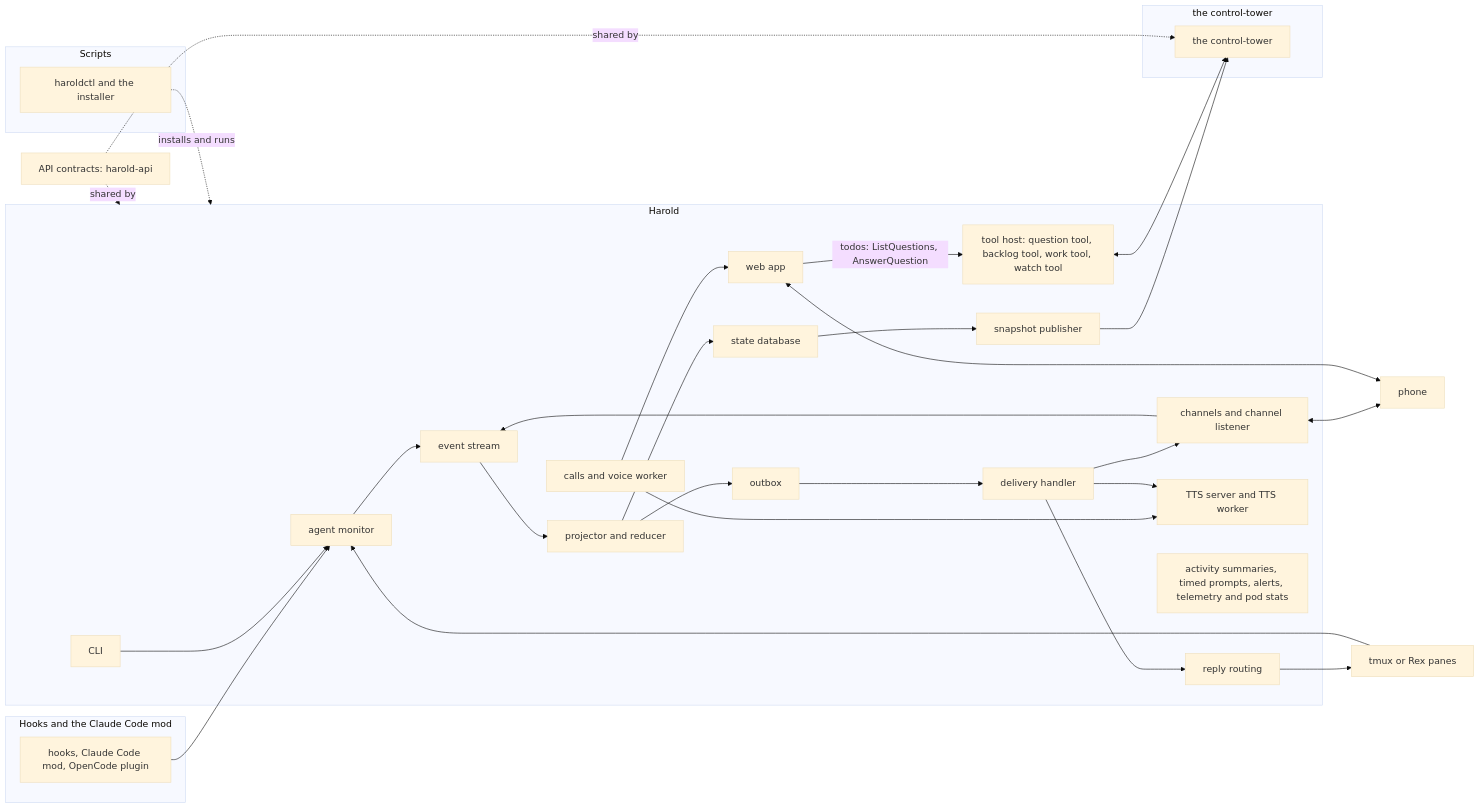
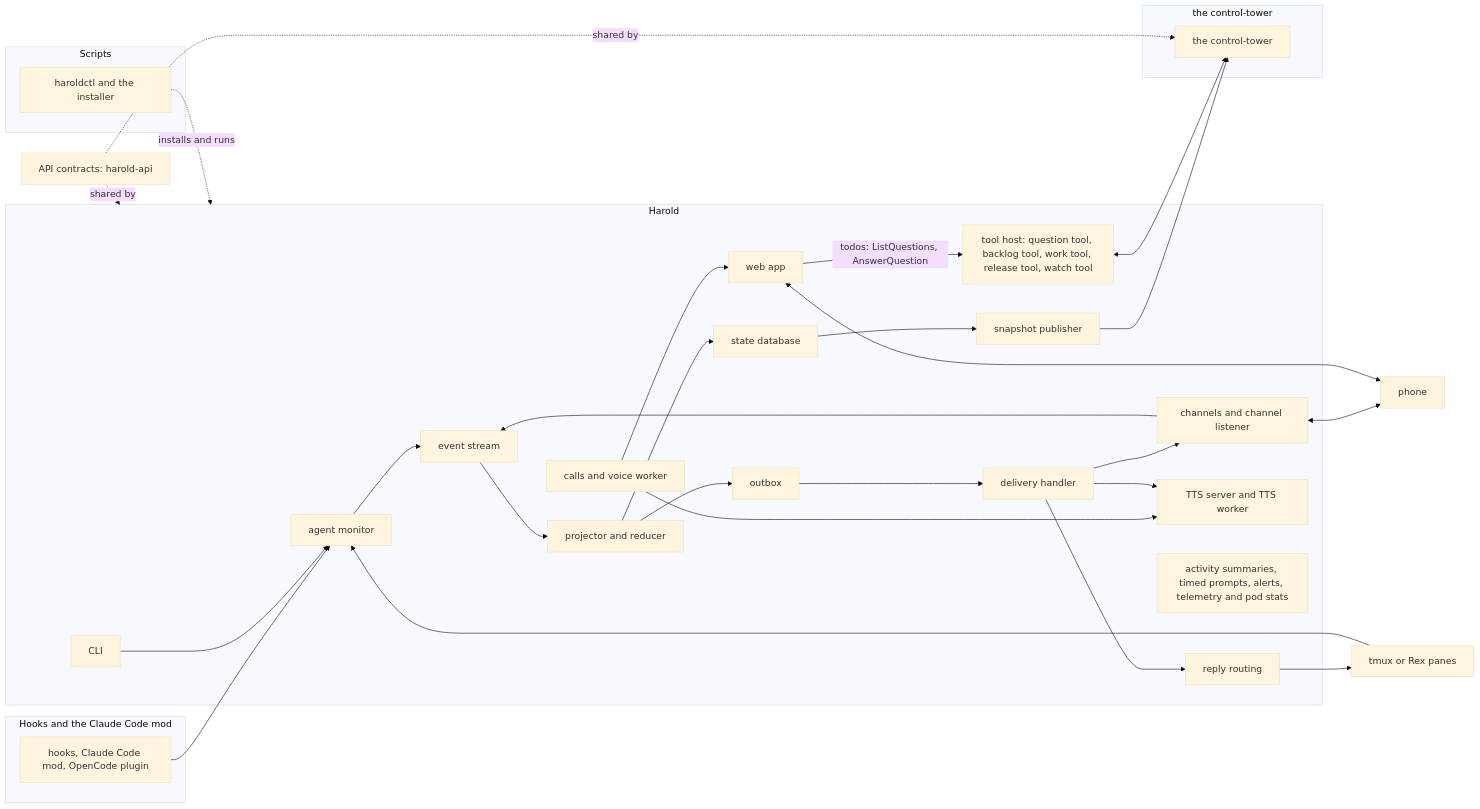
One commit to kahgeh/harold changed the first of 2 diagrams in docs/explanations/architecture.md. Above: the diagram before and after it, drawn with Mermaid (base theme). The commit also changed other lines of this file and 3 other files, not shown here.

Commit message:
release-next: document the release tool

````diff
--- a/docs/explanations/architecture.md
+++ b/docs/explanations/architecture.md
@@ -11,61 +11,61 @@
 ```mermaid
 flowchart LR
   subgraph hooksg["Hooks and the Claude Code mod"]
     hooks["hooks, Claude Code mod, OpenCode plugin"]
   end
 
   subgraph harold["Harold"]
     monitor["agent monitor"]
     stream["event stream"]
     projector["projector and reducer"]
     statedb["state database"]
     outbox["outbox"]
     handler["delivery handler"]
     channels["channels and channel listener"]
     routing["reply routing"]
     publisher["snapshot publisher"]
-    toolhost["tool host: question tool, backlog tool, work tool, watch tool"]
+    toolhost["tool host: question tool, backlog tool, work tool, release tool, watch tool"]
     voice["calls and voice worker"]
     tts["TTS server and TTS worker"]
     webapp["web app"]
     extras["activity summaries, timed prompts, alerts, telemetry and pod stats"]
     cli["CLI"]
   end
 
   subgraph dashg["the control-tower"]
     dash["the control-tower"]
   end
 
   subgraph scriptsg["Scripts"]
     ctl["haroldctl and the installer"]
   end
 
   api["API contracts: harold-api"]
   phone["phone"]
   panes["tmux or Rex panes"]
 
   hooks --> monitor
   panes --> monitor
   monitor --> stream
   channels --> stream
   stream --> projector
   projector --> statedb
   projector --> outbox
   outbox --> handler
   handler --> channels
   handler --> routing
   routing --> panes
   channels <--> phone
   webapp <--> phone
   statedb --> publisher
   publisher --> dash
   toolhost <--> dash
   webapp -->|"todos: ListQuestions, AnswerQuestion"| toolhost
   voice --> webapp
   voice --> tts
   handler --> tts
   cli --> monitor
   ctl -. installs and runs .-> harold
   api -. shared by .-> harold
   api -. shared by .-> dash
 ```
````
